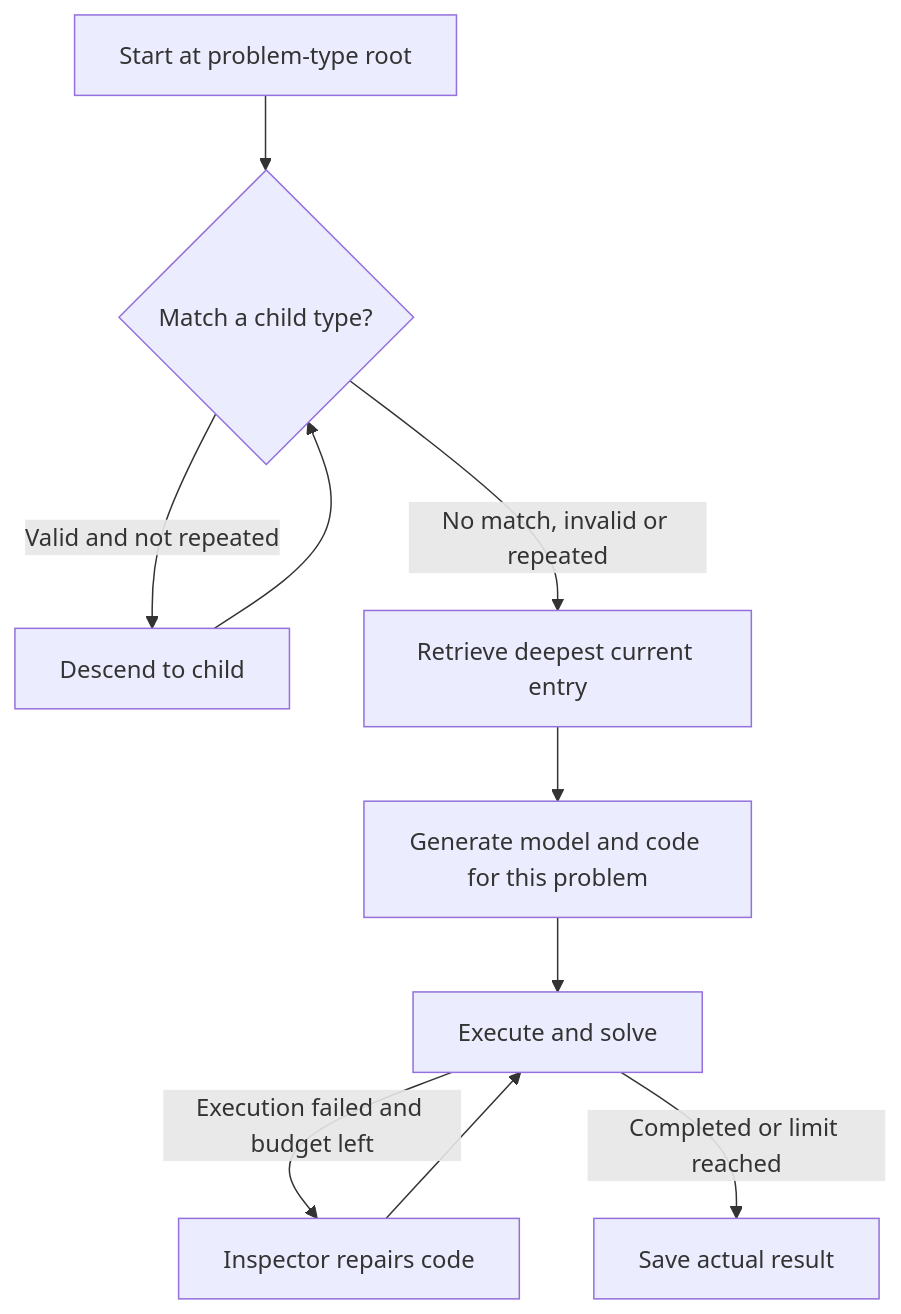
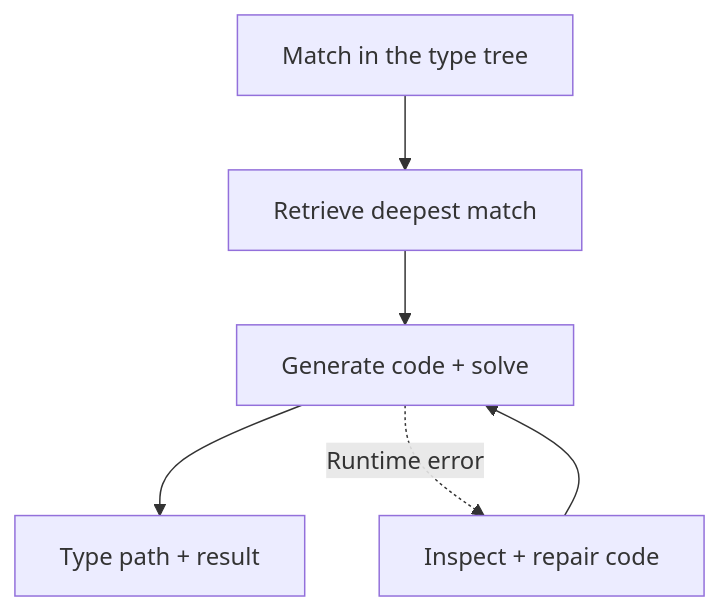
The diagram in website/content/en/optitree.md (Fangziyang0910/LLM4OM), drawn with Mermaid before and after one commit. The commit also changed other lines of this file and 231 other files, not shown here.

````diff
--- a/website/content/en/optitree.md
+++ b/website/content/en/optitree.md
@@ -11,12 +11,11 @@
 ```mermaid
 flowchart TB
-  Root["Start at problem-type root"] --> Match{"Match a child type?"}
-  Match -->|Valid and not repeated| Descend["Descend to child"]
-  Descend --> Match
-  Match -->|No match, invalid or repeated| Retrieve["Retrieve deepest current entry"]
-  Retrieve --> Reason["Generate model and code for this problem"]
-  Reason --> Solve["Execute and solve"]
-  Solve -->|Execution failed and budget left| Inspect["Inspector repairs code"]
+  Root["Match in the type tree"]
+  Retrieve["Retrieve deepest match"]
+  Solve["Generate code + solve"]
+  Inspect["Inspect + repair code"]
+  Finish["Type path + result"]
+  Root --> Retrieve --> Solve --> Finish
+  Solve -.->|Runtime error| Inspect
   Inspect --> Solve
-  Solve -->|Completed or limit reached| Finish["Save actual result"]
 ```
````
